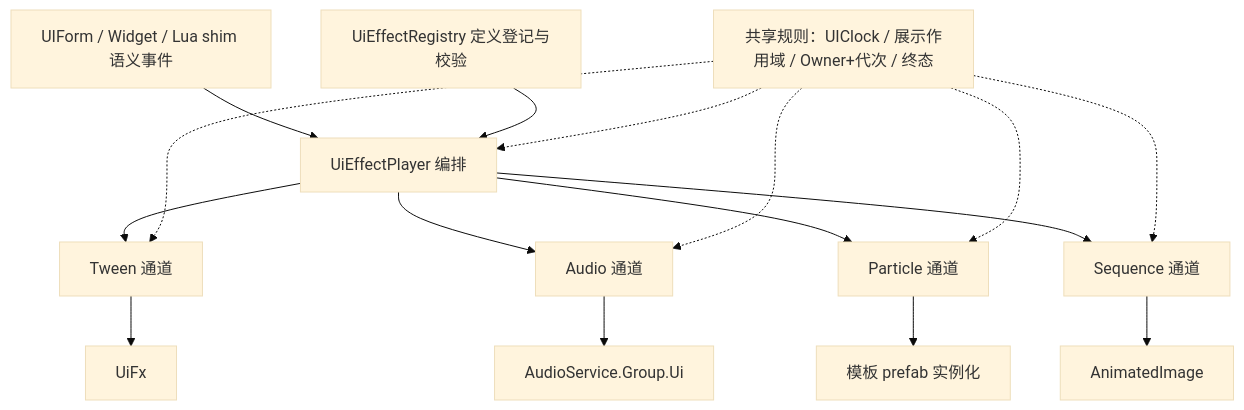
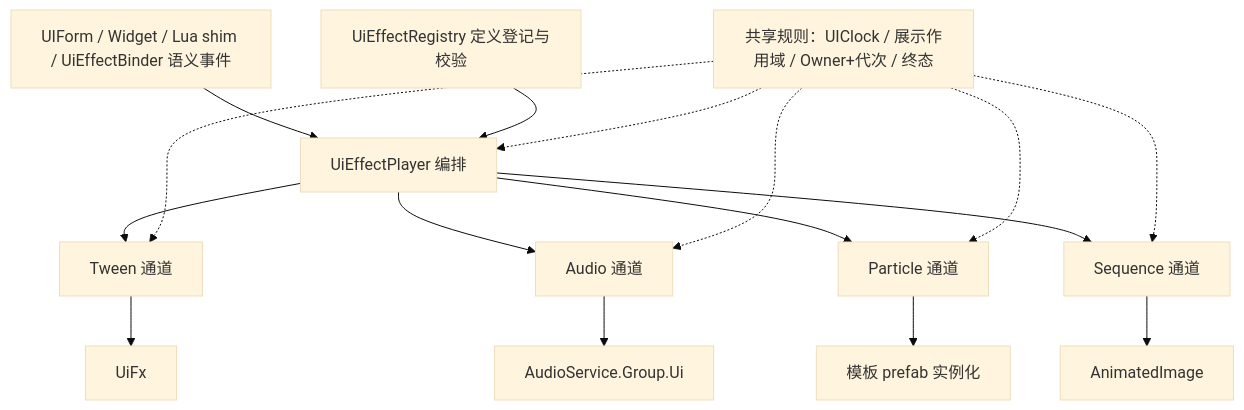
One commit to highhunter777/LiteFrameWork changed the diagram in Docs/设计文档/client/ui/UI效果系统专项设计.md. Above: the diagram before and after it, drawn with Mermaid (base theme). The commit also changed other lines of this file and 1 other file, not shown here.

First line of the commit message:
docs(ui): UiEffectBinder 声明式作者面规格（效果系统 §5.1）＋五页动效/音效接线注记

````diff
--- a/Docs/设计文档/client/ui/UI效果系统专项设计.md
+++ b/Docs/设计文档/client/ui/UI效果系统专项设计.md
@@ -43,18 +44,18 @@
 ```mermaid
 flowchart TD
-    C[UIForm / Widget / Lua shim 语义事件] --> P[UiEffectPlayer 编排]
+    C[UIForm / Widget / Lua shim / UiEffectBinder 语义事件] --> P[UiEffectPlayer 编排]
     R[UiEffectRegistry 定义登记与校验] --> P
     P --> T[Tween 通道]
     P --> A[Audio 通道]
     P --> V[Particle 通道]
     P --> S[Sequence 通道]
     T --> B1[UiFx]
     A --> B2[AudioService.Group.Ui]
     V --> B3[模板 prefab 实例化]
     S --> B4[AnimatedImage]
     K[共享规则：UIClock / 展示作用域 / Owner+代次 / 终态] -.-> P
     K -.-> T
     K -.-> A
     K -.-> V
     K -.-> S
 ```
````
